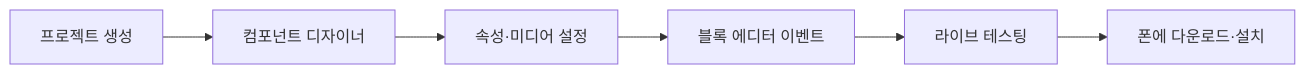
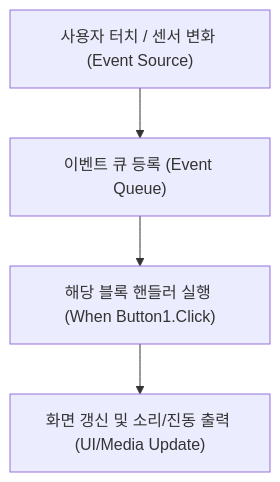
The diagram in ComputerScience/01_programming-foundations/coding-basics/notes/07. 앱 인벤터 인터랙티브 앱.md (umyunsang/edu), drawn with Mermaid before and after one commit. The commit also changed other lines of this file and 12 other files, not shown here.

````diff
--- a/ComputerScience/01_programming-foundations/coding-basics/notes/07. 앱 인벤터 인터랙티브 앱.md
+++ b/ComputerScience/01_programming-foundations/coding-basics/notes/07. 앱 인벤터 인터랙티브 앱.md
@@ -31,8 +145,6 @@
 ```mermaid
-flowchart LR
-  A["프로젝트 생성"] --> B["컴포넌트 디자이너"]
-  B --> C["속성·미디어 설정"]
-  C --> D["블록 에디터 이벤트"]
-  D --> E["라이브 테스팅"]
-  E --> F["폰에 다운로드·설치"]
+flowchart TD
+  A["사용자 터치 / 센서 변화 (Event Source)"] --> B["이벤트 큐 등록 (Event Queue)"]
+  B --> C["해당 블록 핸들러 실행 (When Button1.Click)"]
+  C --> D["화면 갱신 및 소리/진동 출력 (UI/Media Update)"]
 ```
````
